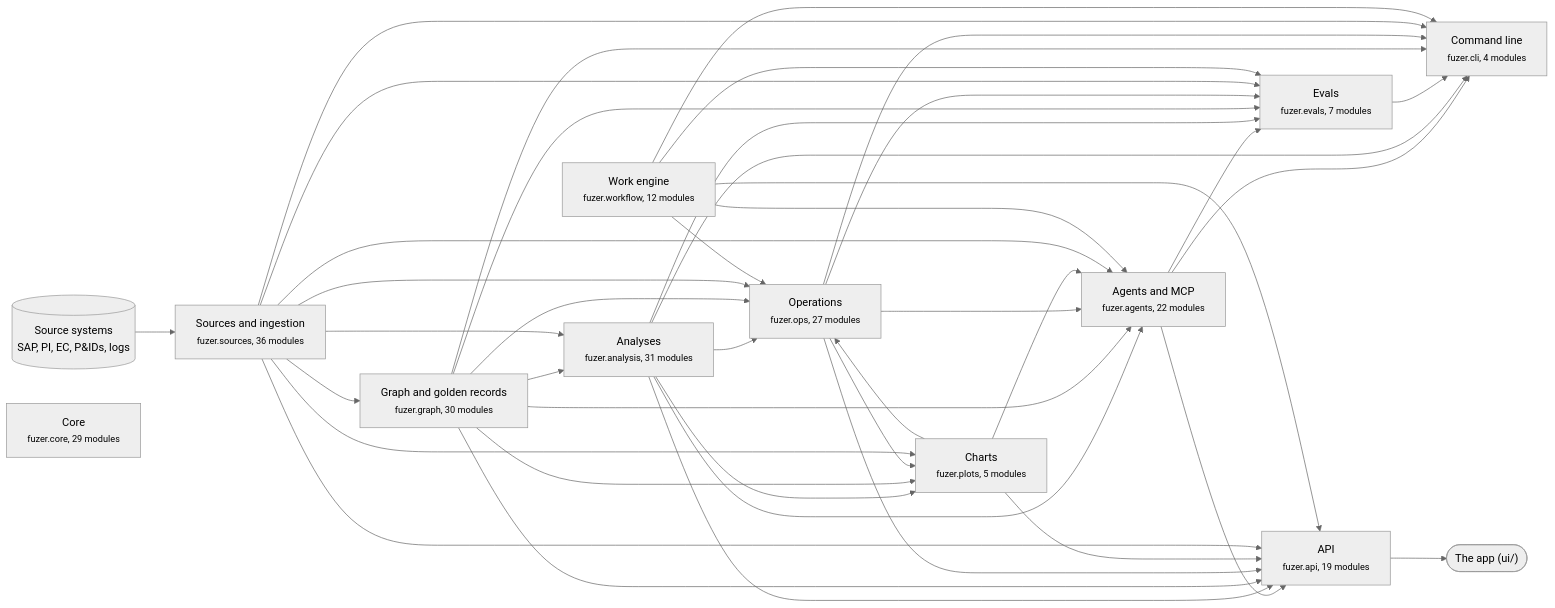
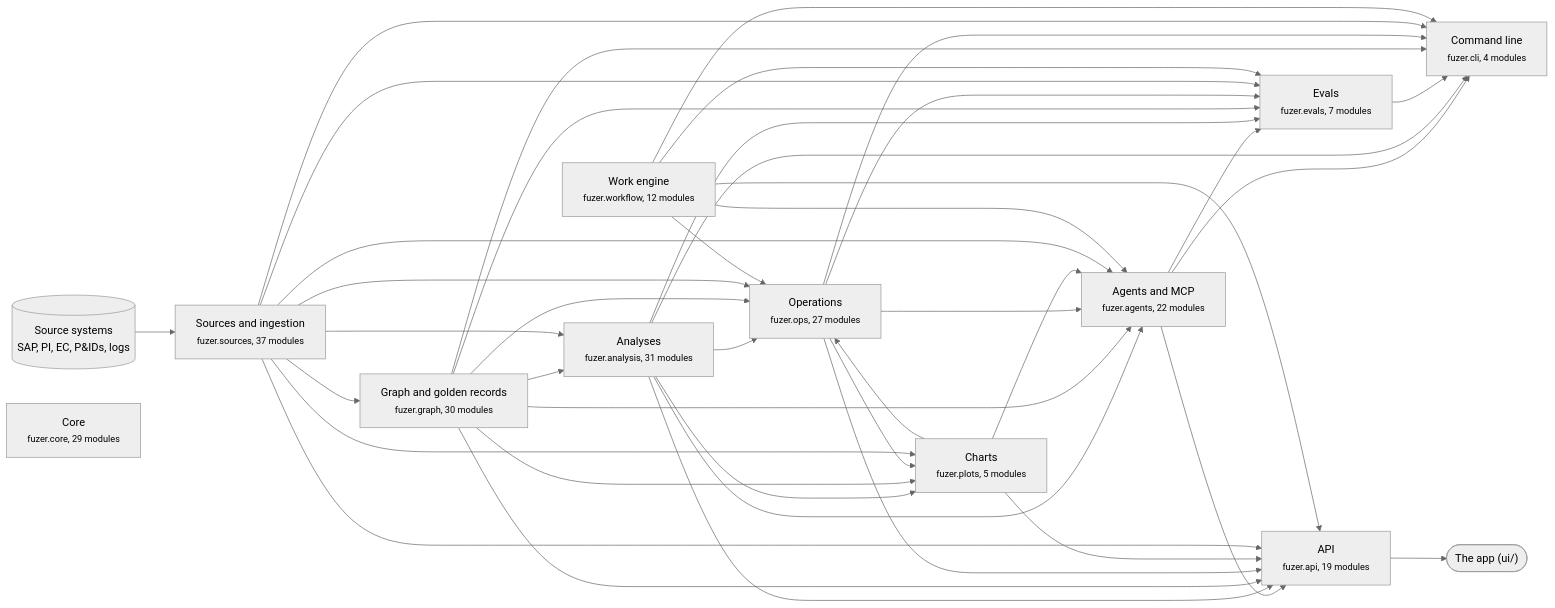
One commit to areed145/fuzer changed the first of 3 diagrams in docs/architecture.md. Above: the diagram before and after it, drawn with Mermaid (neutral theme). The commit also changed other lines of this file and 17 other files, not shown here.

First line of the commit message:
Work that starts in conversation: Teams threads on the asset, and an open thread raising routed work (P5.8, demo on a mock Graph) (#754)

````diff
--- a/docs/architecture.md
+++ b/docs/architecture.md
@@ -8,66 +8,66 @@
 ```mermaid
 flowchart LR
   systems[("Source systems<br>SAP, PI, EC, P&IDs, logs")] --> c_sources
   app(["The app (ui/)"])
   c_api --> app
-  c_sources["Sources and ingestion<br><small>fuzer.sources, 36 modules</small>"]
+  c_sources["Sources and ingestion<br><small>fuzer.sources, 37 modules</small>"]
   c_graph["Graph and golden records<br><small>fuzer.graph, 30 modules</small>"]
   c_analysis["Analyses<br><small>fuzer.analysis, 31 modules</small>"]
   c_ops["Operations<br><small>fuzer.ops, 27 modules</small>"]
   c_plots["Charts<br><small>fuzer.plots, 5 modules</small>"]
   c_workflow["Work engine<br><small>fuzer.workflow, 12 modules</small>"]
   c_agents["Agents and MCP<br><small>fuzer.agents, 22 modules</small>"]
   c_evals["Evals<br><small>fuzer.evals, 7 modules</small>"]
   c_api["API<br><small>fuzer.api, 19 modules</small>"]
   c_cli["Command line<br><small>fuzer.cli, 4 modules</small>"]
   c_core["Core<br><small>fuzer.core, 29 modules</small>"]
   c_sources --> c_graph
   c_graph --> c_analysis
   c_sources --> c_analysis
   c_analysis --> c_ops
   c_graph --> c_ops
   c_plots --> c_ops
   c_sources --> c_ops
   c_workflow --> c_ops
   c_analysis --> c_plots
   c_graph --> c_plots
   c_ops --> c_plots
   c_sources --> c_plots
   c_analysis --> c_agents
   c_graph --> c_agents
   c_ops --> c_agents
   c_plots --> c_agents
   c_sources --> c_agents
   c_workflow --> c_agents
   c_agents --> c_evals
   c_analysis --> c_evals
   c_graph --> c_evals
   c_ops --> c_evals
   c_sources --> c_evals
   c_workflow --> c_evals
   c_agents --> c_api
   c_analysis --> c_api
   c_graph --> c_api
   c_ops --> c_api
   c_plots --> c_api
   c_sources --> c_api
   c_workflow --> c_api
   c_agents --> c_cli
   c_analysis --> c_cli
   c_evals --> c_cli
   c_graph --> c_cli
   c_ops --> c_cli
   c_sources --> c_cli
   c_workflow --> c_cli
   click c_sources "https://github.com/areed145/fuzer/tree/main/src/fuzer/sources"
   click c_graph "https://github.com/areed145/fuzer/tree/main/src/fuzer/graph"
   click c_analysis "https://github.com/areed145/fuzer/tree/main/src/fuzer/analysis"
   click c_ops "https://github.com/areed145/fuzer/tree/main/src/fuzer/ops"
   click c_plots "https://github.com/areed145/fuzer/tree/main/src/fuzer/plots"
   click c_workflow "https://github.com/areed145/fuzer/tree/main/src/fuzer/workflow"
   click c_agents "https://github.com/areed145/fuzer/tree/main/src/fuzer/agents"
   click c_evals "https://github.com/areed145/fuzer/tree/main/src/fuzer/evals"
   click c_api "https://github.com/areed145/fuzer/tree/main/src/fuzer/api"
   click c_cli "https://github.com/areed145/fuzer/tree/main/src/fuzer/cli"
   click c_core "https://github.com/areed145/fuzer/tree/main/src/fuzer/core"
 ```
````
